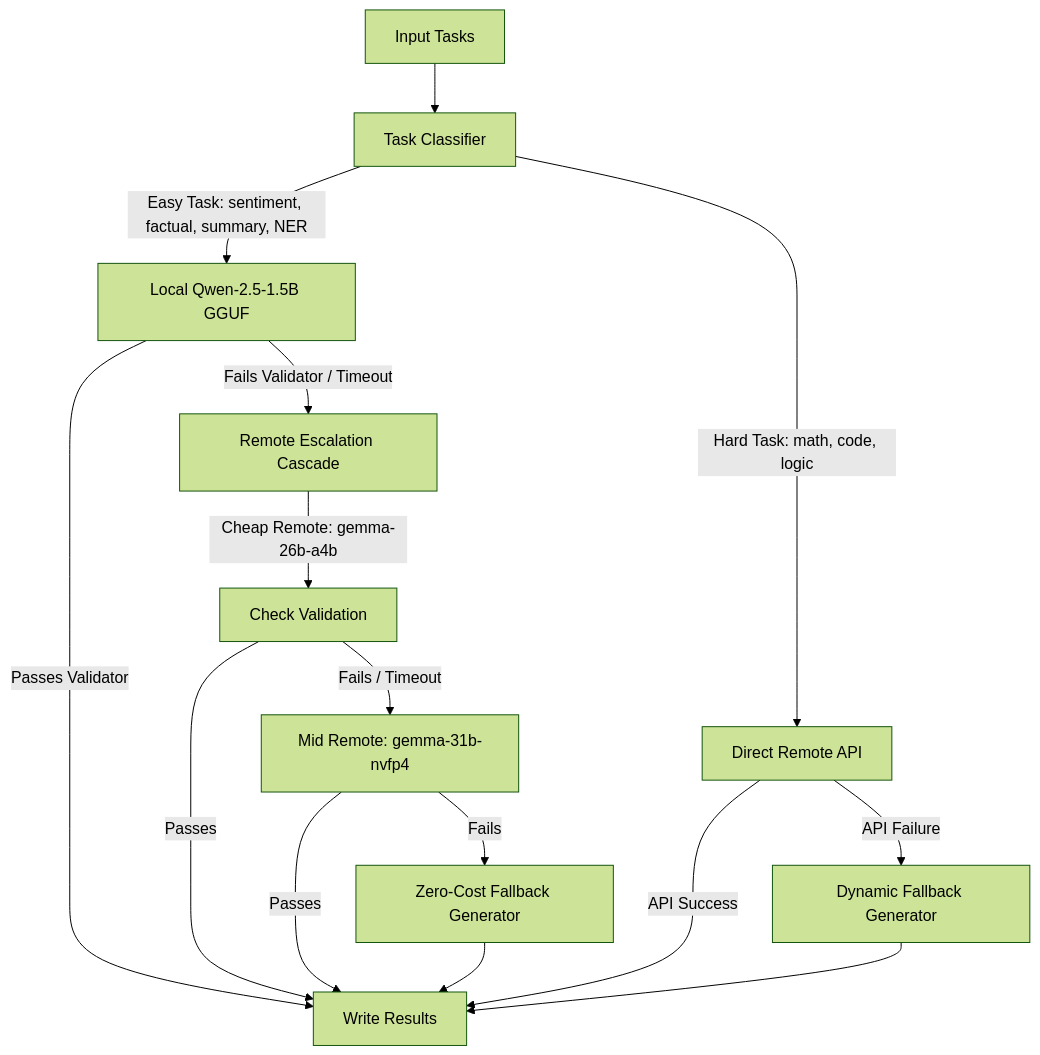
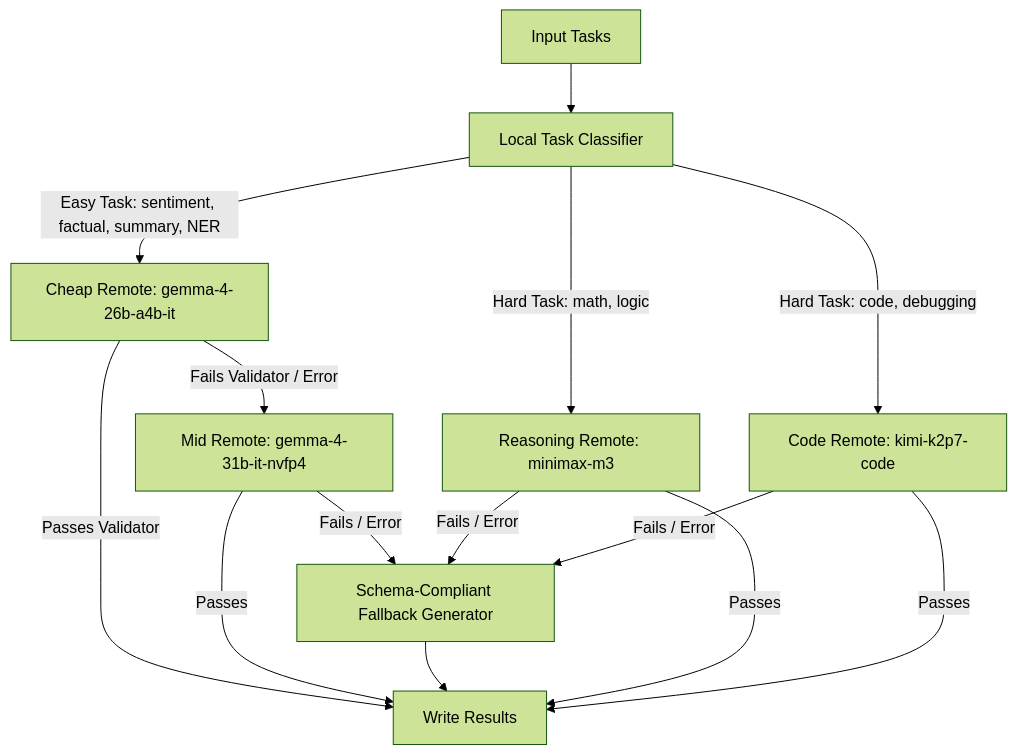
One commit to AmanM006/hybrid_routing changed the diagram in README.md. Above: the diagram before and after it, drawn with Mermaid (forest theme). The commit also changed other lines of this file and 2 other files, not shown here.

Commit message:
Clarified remote-only cascade architecture and disabled local model by default

````diff
--- a/README.md
+++ b/README.md
@@ -9,22 +9,21 @@
 ```mermaid
 graph TD
-    A[Input Tasks] --> B[Task Classifier]
+    A[Input Tasks] --> B[Local Task Classifier]
     
-    B -->|Easy Task: sentiment, factual, summary, NER| C[Local Qwen-2.5-1.5B GGUF]
-    B -->|Hard Task: math, code, logic| D[Direct Remote API]
+    B -->|Easy Task: sentiment, factual, summary, NER| C[Cheap Remote: gemma-4-26b-a4b-it]
+    B -->|Hard Task: math, logic| D[Reasoning Remote: minimax-m3]
+    B -->|Hard Task: code, debugging| E[Code Remote: kimi-k2p7-code]
     
-    C -->|Passes Validator| E[Write Results]
-    C -->|Fails Validator / Timeout| F[Remote Escalation Cascade]
+    C -->|Passes Validator| F[Write Results]
+    C -->|Fails Validator / Error| G[Mid Remote: gemma-4-31b-it-nvfp4]
     
-    F -->|Cheap Remote: gemma-26b-a4b| G[Check Validation]
-    G -->|Passes| E
-    G -->|Fails / Timeout| H[Mid Remote: gemma-31b-nvfp4]
+    G -->|Passes| F
+    G -->|Fails / Error| H[Schema-Compliant Fallback Generator]
+    H --> F
     
-    H -->|Passes| E
-    H -->|Fails| I[Zero-Cost Fallback Generator]
-    I --> E
+    D -->|Passes| F
+    D -->|Fails / Error| H
     
-    D -->|API Success| E
-    D -->|API Failure| J[Dynamic Fallback Generator]
-    J --> E
+    E -->|Passes| F
+    E -->|Fails / Error| H
 ```
````
